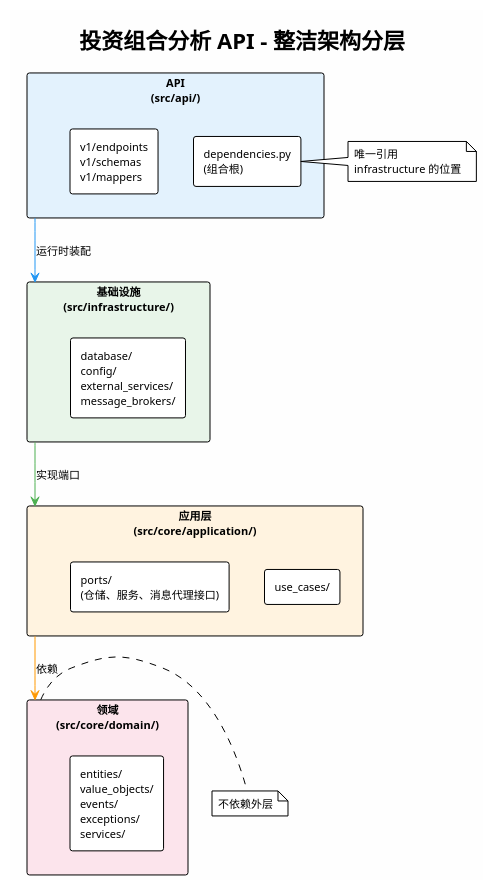
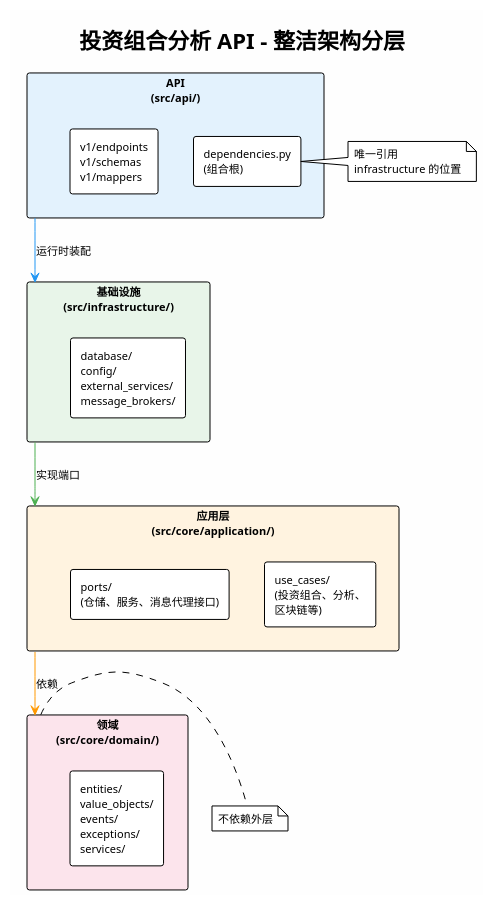
The diagram in docs/zh/c4/clean-architecture-portfolio-api.puml (felixzhu97/finpulse), drawn with PlantUML before and after one commit. The commit also changed 43 other files, not shown here.

```diff
--- a/docs/zh/c4/clean-architecture-portfolio-api.puml
+++ b/docs/zh/c4/clean-architecture-portfolio-api.puml
@@ -1,39 +1,39 @@
 @startuml clean-architecture-portfolio-api-zh
 !theme plain
 skinparam backgroundColor #FEFEFE
 skinparam defaultFontSize 11
 
 title 投资组合分析 API - 整洁架构分层
 
 rectangle "**API**\n(src/api/)" as API #E3F2FD {
   rectangle "dependencies.py\n(组合根)" as DI
   rectangle "v1/endpoints\nv1/schemas\nv1/mappers" as WEB
 }
 
 rectangle "**基础设施**\n(src/infrastructure/)" as INFRA #E8F5E9 {
   rectangle "database/\nconfig/\nexternal_services/\nmessage_brokers/" as INFRA_IMPL
 }
 
 rectangle "**应用层**\n(src/core/application/)" as APP #FFF3E0 {
-  rectangle "use_cases/" as UC
+  rectangle "use_cases/\n(投资组合、分析、\n区块链等)" as UC
   rectangle "ports/\n(仓储、服务、消息代理接口)" as PORTS
 }
 
 rectangle "**领域**\n(src/core/domain/)" as DOMAIN #FCE4EC {
   rectangle "entities/\nvalue_objects/\nevents/\nexceptions/\nservices/" as DOMAIN_IMPL
 }
 
 API -[#2196F3]-> INFRA : 运行时装配
 INFRA -[#4CAF50]-> APP : 实现端口
 APP -[#FF9800]-> DOMAIN : 依赖
 
 note right of DOMAIN
   不依赖外层
 end note
 
 note right of DI
   唯一引用
   infrastructure 的位置
 end note
 
 @enduml
```
